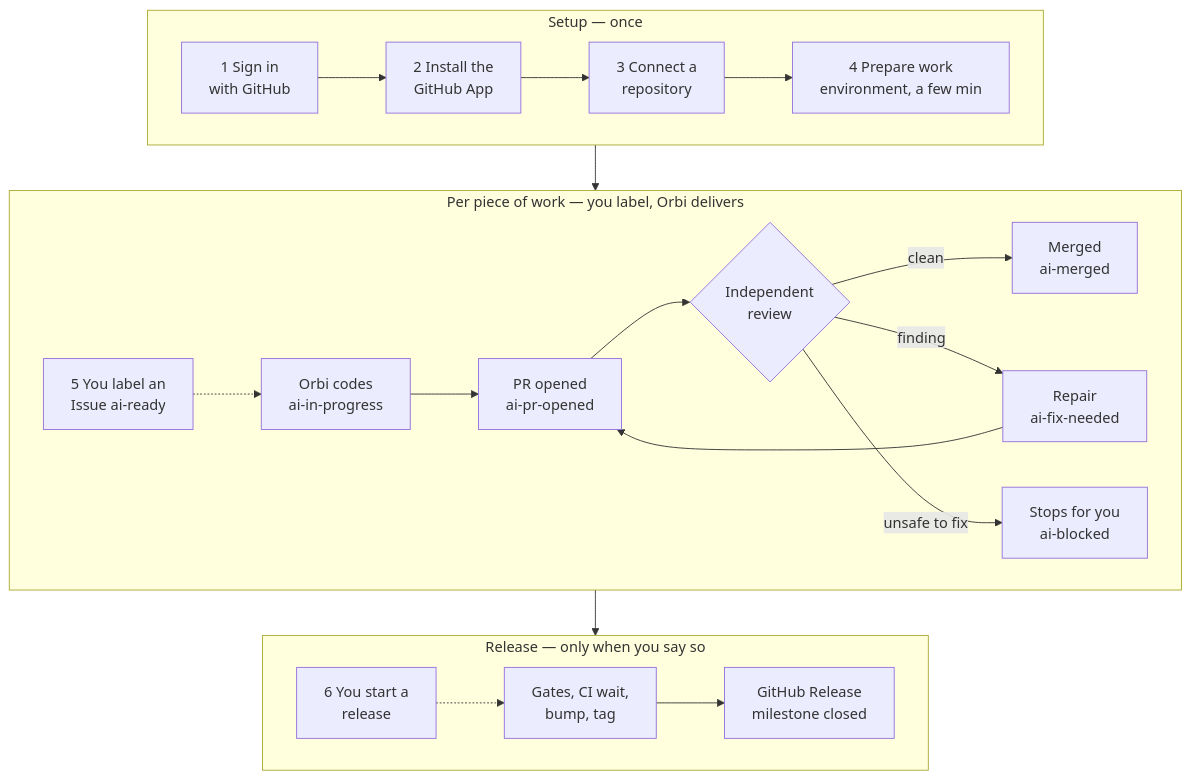
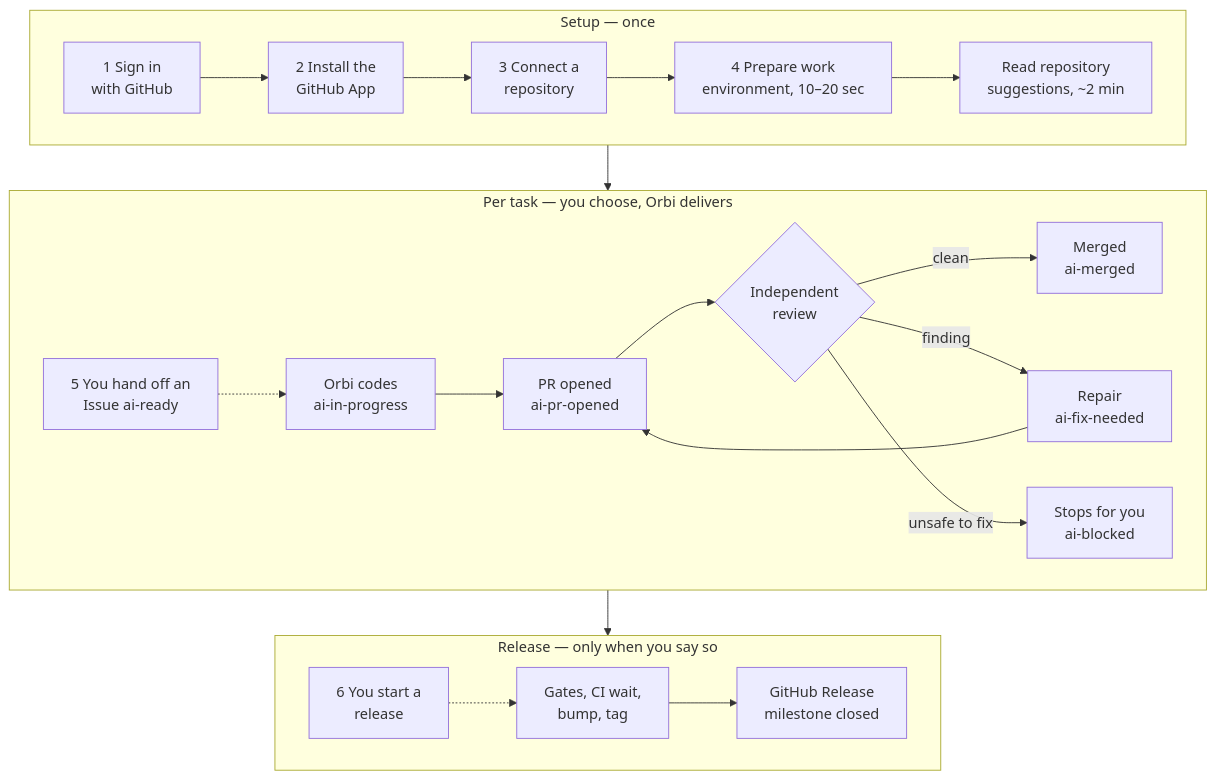
Before and after one commit to orbi-build/orbi-cloud-docs: the first of 2 diagrams in index.mdx, drawn with Mermaid. The commit also changed other lines of this file and 72 other files, not shown here.

First line of the commit message:
docs: sync current product flows and bilingual screenshots (#11)

````diff
--- a/index.mdx
+++ b/index.mdx
@@ -18,22 +18,22 @@
 ```mermaid
 flowchart TD
   subgraph setup["Setup — once"]
     direction LR
-    s1["1 Sign in<br/>with GitHub"] --> s2["2 Install the<br/>GitHub App"] --> s3["3 Connect a<br/>repository"] --> s4["4 Prepare work<br/>environment, a few min"]
+    s1["1 Sign in<br/>with GitHub"] --> s2["2 Install the<br/>GitHub App"] --> s3["3 Connect a<br/>repository"] --> s4["4 Prepare work<br/>environment, 10–20 sec"] --> s5["Read repository<br/>suggestions, ~2 min"]
   end
 
-  subgraph work["Per piece of work — you label, Orbi delivers"]
+  subgraph work["Per task — you choose, Orbi delivers"]
     direction LR
-    w1["5 You label an<br/>Issue ai-ready"] -.-> w2["Orbi codes<br/>ai-in-progress"] --> w3["PR opened<br/>ai-pr-opened"] --> w4{"Independent<br/>review"}
+    w1["5 You hand off an<br/>Issue ai-ready"] -.-> w2["Orbi codes<br/>ai-in-progress"] --> w3["PR opened<br/>ai-pr-opened"] --> w4{"Independent<br/>review"}
     w4 -->|clean| w5["Merged<br/>ai-merged"]
     w4 -->|finding| w6["Repair<br/>ai-fix-needed"] --> w3
     w4 -->|unsafe to fix| w7["Stops for you<br/>ai-blocked"]
   end
 
   subgraph rel["Release — only when you say so"]
     direction LR
     r1["6 You start a<br/>release"] -.-> r2["Gates, CI wait,<br/>bump, tag"] --> r3["GitHub Release<br/>milestone closed"]
   end
 
   setup --> work --> rel
 ```
````
